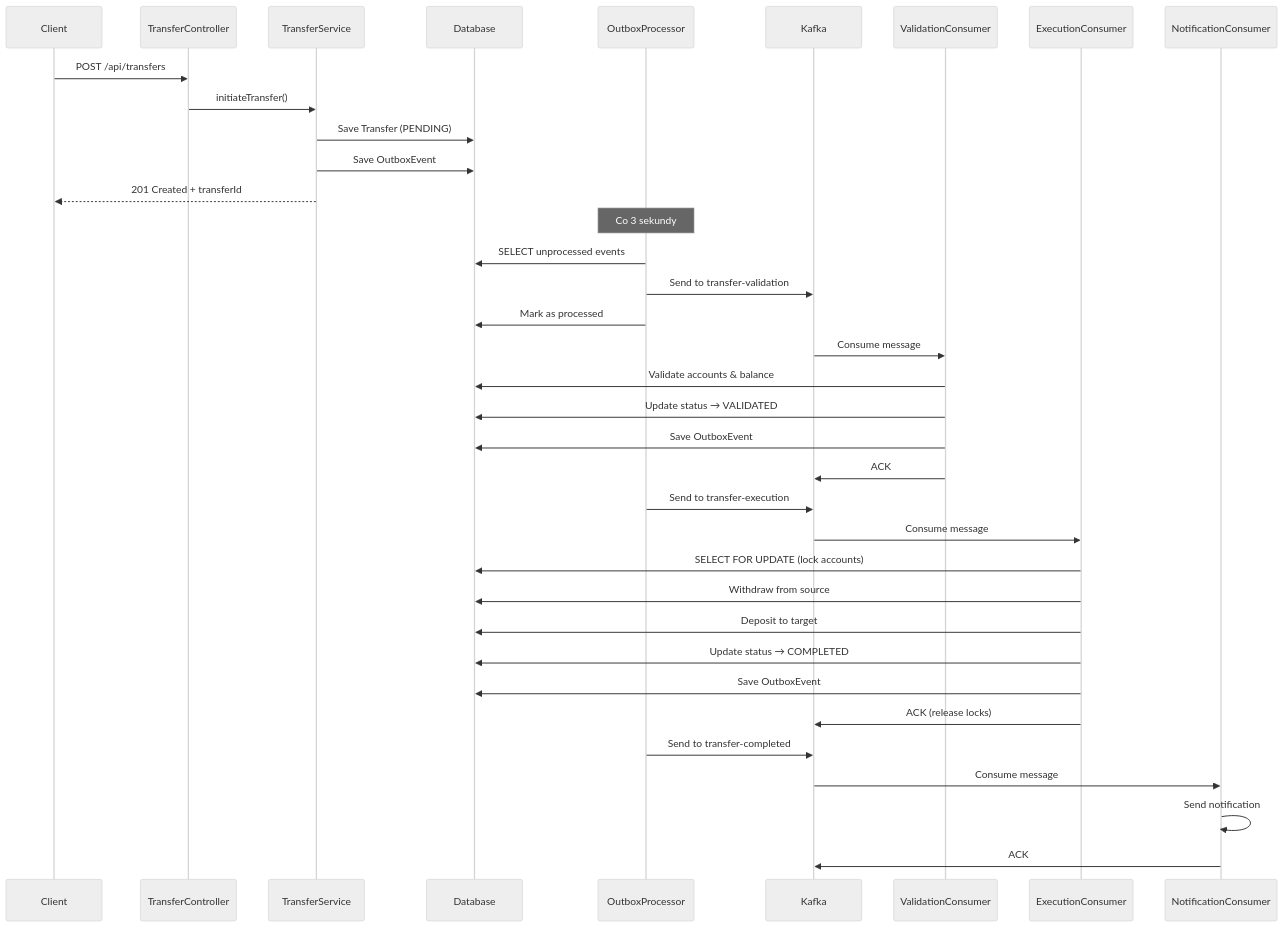
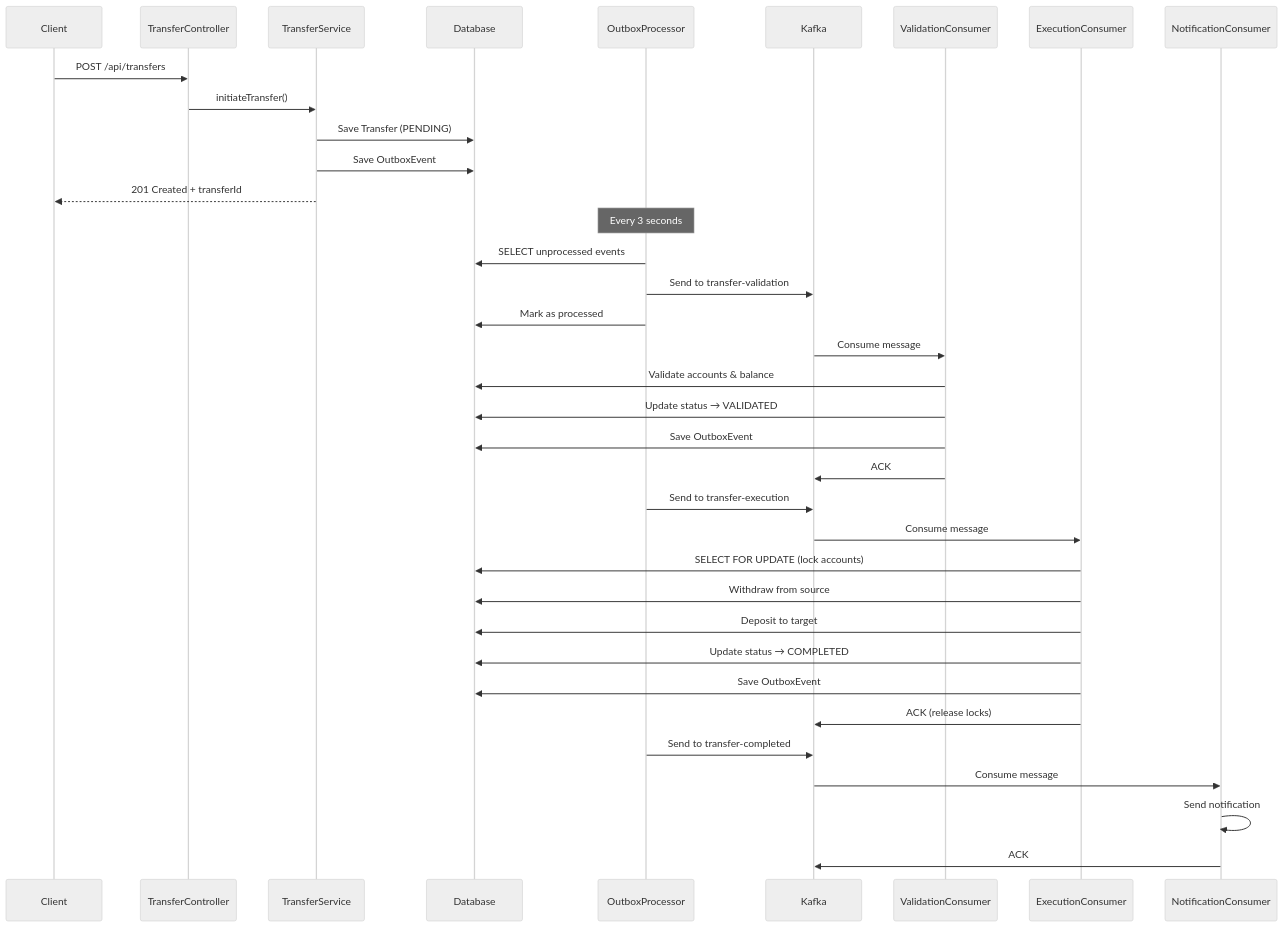
One commit to kmpol/banking-sysyem-kafka changed the third of 3 diagrams in docs/transfer-flow.md. Above: the diagram before and after it, drawn with Mermaid (neutral theme). The commit also changed other lines of this file and 1 other file, not shown here.

First line of the commit message:
Translate flow diagrams to English

````diff
--- a/docs/transfer-flow.md
+++ b/docs/transfer-flow.md
@@ -124,45 +124,45 @@
 ```mermaid
 sequenceDiagram
     participant C as Client
     participant API as TransferController
     participant TS as TransferService
     participant DB as Database
     participant OP as OutboxProcessor
     participant K as Kafka
     participant VC as ValidationConsumer
     participant EC as ExecutionConsumer
     participant NC as NotificationConsumer
 
     C->>API: POST /api/transfers
     API->>TS: initiateTransfer()
     TS->>DB: Save Transfer (PENDING)
     TS->>DB: Save OutboxEvent
     TS-->>C: 201 Created + transferId
 
-    Note over OP: Co 3 sekundy
+    Note over OP: Every 3 seconds
     OP->>DB: SELECT unprocessed events
     OP->>K: Send to transfer-validation
     OP->>DB: Mark as processed
 
     K->>VC: Consume message
     VC->>DB: Validate accounts & balance
     VC->>DB: Update status → VALIDATED
     VC->>DB: Save OutboxEvent
     VC->>K: ACK
 
     OP->>K: Send to transfer-execution
 
     K->>EC: Consume message
     EC->>DB: SELECT FOR UPDATE (lock accounts)
     EC->>DB: Withdraw from source
     EC->>DB: Deposit to target
     EC->>DB: Update status → COMPLETED
     EC->>DB: Save OutboxEvent
     EC->>K: ACK (release locks)
 
     OP->>K: Send to transfer-completed
 
     K->>NC: Consume message
     NC->>NC: Send notification
     NC->>K: ACK
 ```
````
